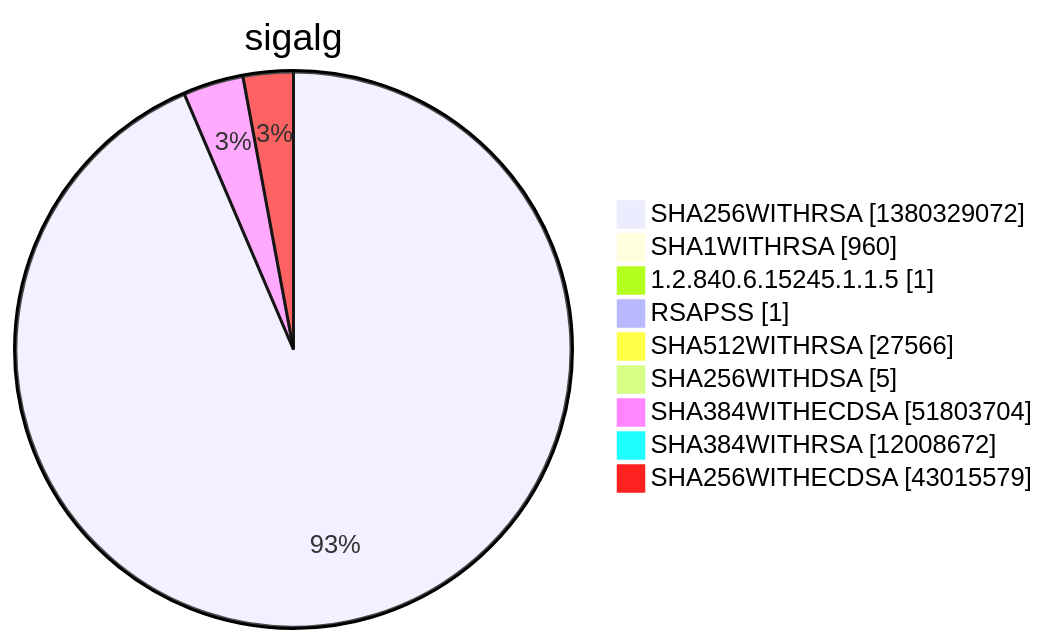
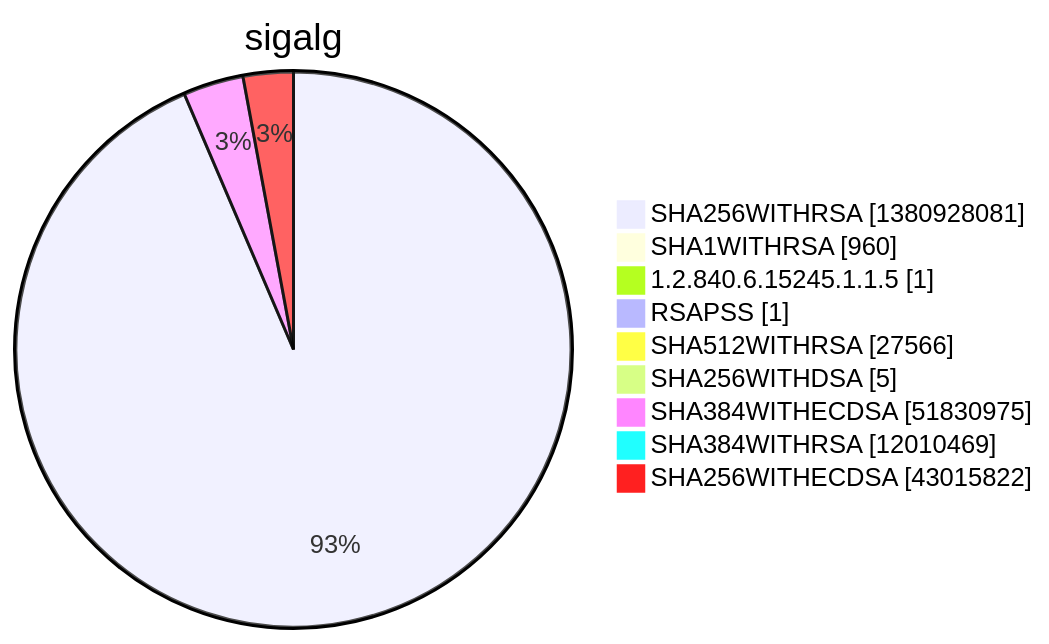
Before and after one commit to christiankrug/ctmonitor_visualization: diagram 15 of 15 in argon2022/README.md, drawn with Mermaid. The commit also changed other lines of this file, not shown here.

````diff
--- a/argon2022/README.md
+++ b/argon2022/README.md
@@ -5524,13 +5524,13 @@
 ```mermaid
 pie showData
 title sigalg
-"SHA256WITHRSA" :1380329072
+"SHA256WITHRSA" :1380928081
 "SHA1WITHRSA" :960
 "1.2.840.6.15245.1.1.5" :1
 "RSAPSS" :1
 "SHA512WITHRSA" :27566
 "SHA256WITHDSA" :5
-"SHA384WITHECDSA" :51803704
-"SHA384WITHRSA" :12008672
-"SHA256WITHECDSA" :43015579
+"SHA384WITHECDSA" :51830975
+"SHA384WITHRSA" :12010469
+"SHA256WITHECDSA" :43015822
 ```
````
